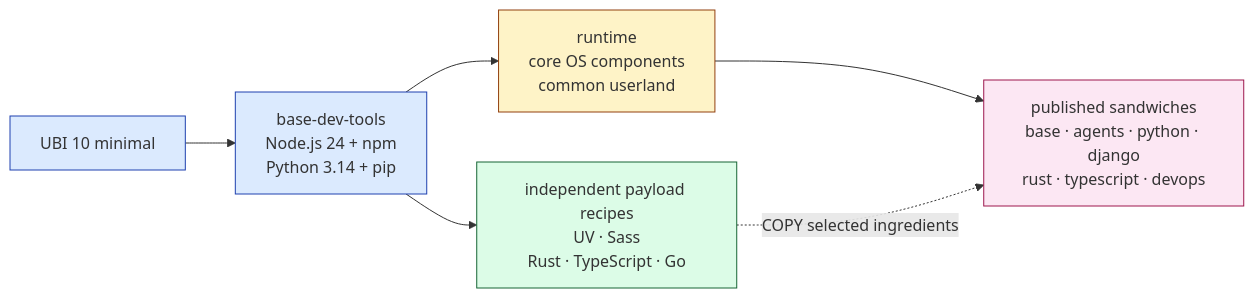
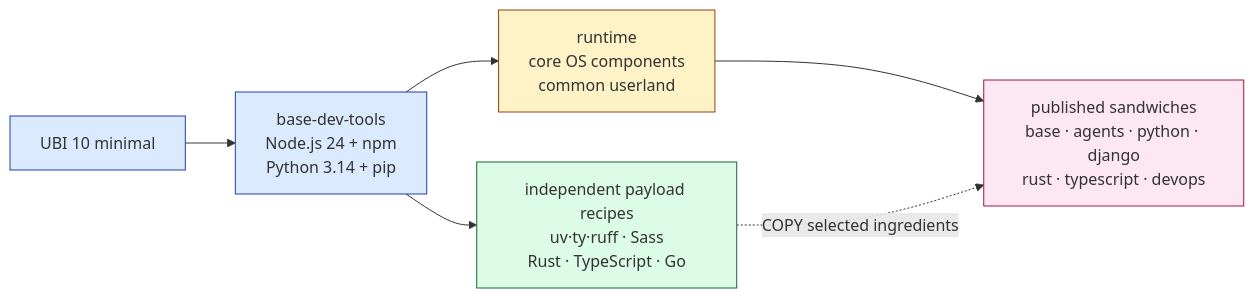
The first of 3 diagrams in docs/mermaid.md (faangbait/devcontainers), drawn with Mermaid before and after one commit. The commit also changed other lines of this file and 13 other files, not shown here.

````diff
--- a/docs/mermaid.md
+++ b/docs/mermaid.md
@@ -11,20 +11,20 @@
 ```mermaid
 flowchart LR
     UBI["UBI 10 minimal"] --> DEVTOOLS["base-dev-tools<br/>Node.js 24 + npm<br/>Python 3.14 + pip"]
 
     DEVTOOLS --> RUNTIME["runtime<br/>core OS components<br/>common userland"]
-    DEVTOOLS --> PAYLOADS["independent payload recipes<br/>UV · Sass<br/>Rust · TypeScript · Go"]
+    DEVTOOLS --> PAYLOADS["independent payload recipes<br/>uv·ty·ruff · Sass<br/>Rust · TypeScript · Go"]
 
     RUNTIME --> TARGETS["published sandwiches<br/>base · agents · python · django<br/>rust · typescript · devops"]
     PAYLOADS -. "COPY selected ingredients" .-> TARGETS
 
     classDef stable fill:#dbeafe,stroke:#1e40af
     classDef editable fill:#fef3c7,stroke:#92400e
     classDef payload fill:#dcfce7,stroke:#166534
     classDef target fill:#fce7f3,stroke:#9d174d
 
     class UBI,DEVTOOLS stable
     class RUNTIME editable
     class PAYLOADS payload
     class TARGETS target
 ```
````
